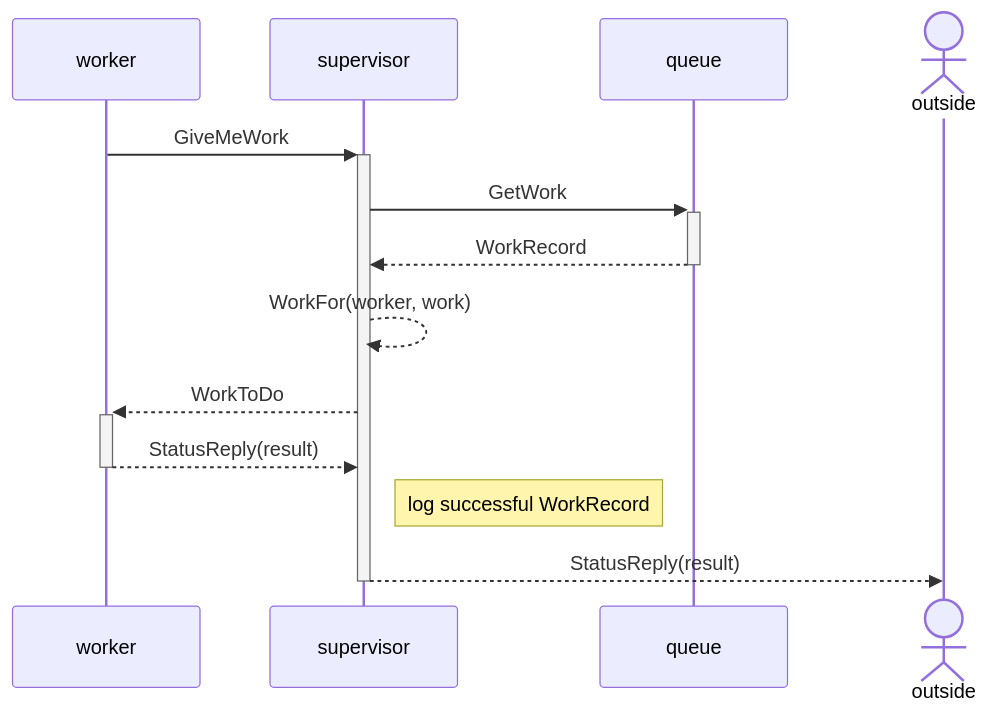
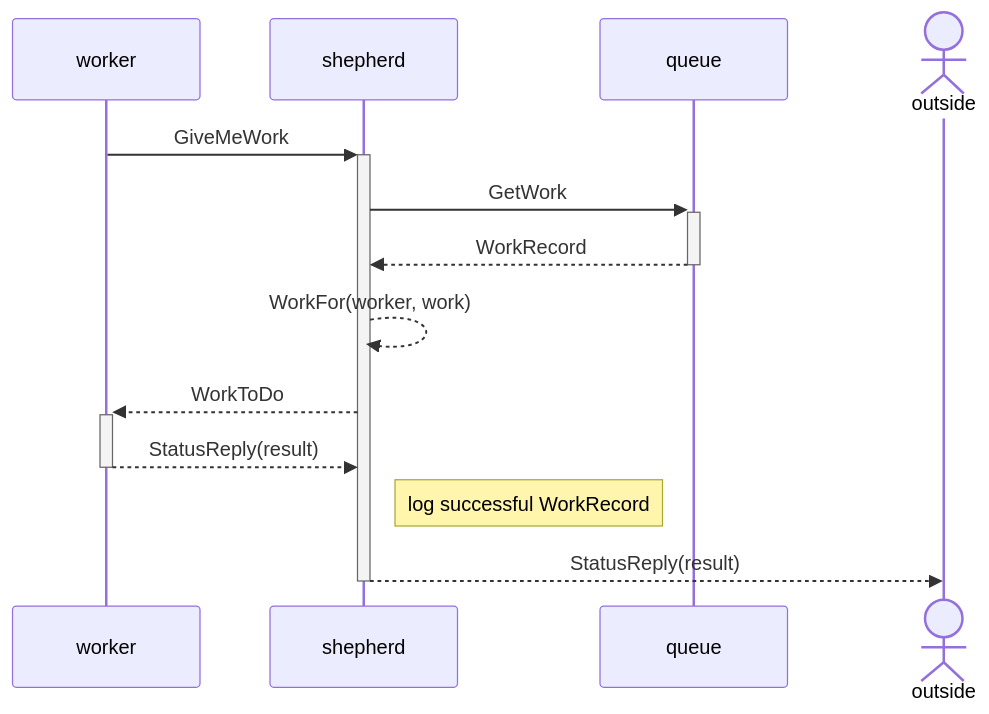
The fifth of 7 diagrams in README.md (popiel/worker-pool), drawn with Mermaid before and after one commit. The commit also changed other lines of this file, not shown here.

Commit message:
Rename supervisor to shepherd to highlight added responsibility

````diff
--- a/README.md
+++ b/README.md
@@ -98,15 +98,15 @@
 ```mermaid
 sequenceDiagram
 participant worker
-participant supervisor
+participant shepherd
 participant queue
 actor outside
-worker ->>+ supervisor: GiveMeWork
-supervisor ->>+ queue: GetWork
-queue -->>- supervisor: WorkRecord
-supervisor -->> supervisor: WorkFor(worker, work)
-supervisor -->>+ worker: WorkToDo
-worker -->>- supervisor: StatusReply(result)
-note right of supervisor: log successful WorkRecord
-supervisor -->>- outside: StatusReply(result)
+worker ->>+ shepherd: GiveMeWork
+shepherd ->>+ queue: GetWork
+queue -->>- shepherd: WorkRecord
+shepherd -->> shepherd: WorkFor(worker, work)
+shepherd -->>+ worker: WorkToDo
+worker -->>- shepherd: StatusReply(result)
+note right of shepherd: log successful WorkRecord
+shepherd -->>- outside: StatusReply(result)
 ```
````
